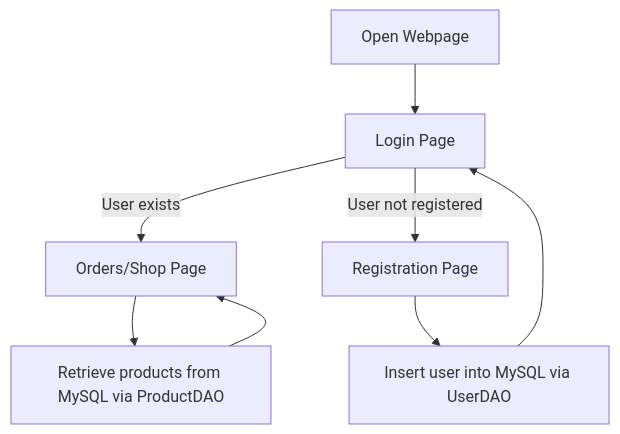
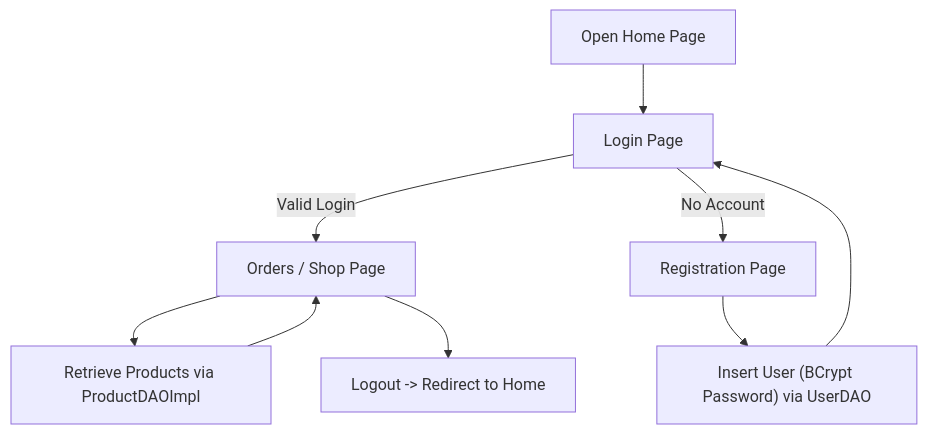
One commit to BizzyProgramming/cst339 changed the second of 2 diagrams in milestones/milestone6/README.md. Above: the diagram before and after it, drawn with Mermaid. The commit also changed other lines of this file, not shown here.

````diff
--- a/milestones/milestone6/README.md
+++ b/milestones/milestone6/README.md
@@ -141,10 +154,11 @@
 ```mermaid
 flowchart TD
-    A["Open Webpage"] --> B["Login Page"]
-    B -->|User exists| C["Orders/Shop Page"]
-    B -->|User not registered| D["Registration Page"]
-    D --> E["Insert user into MySQL via UserDAO"]
+      A["Open Home Page"] --> B["Login Page"]
+    B -->|Valid Login| C["Orders / Shop Page"]
+    B -->|No Account| D["Registration Page"]
+    D --> E["Insert User (BCrypt Password) via UserDAO"]
     E --> B
-    C --> F["Retrieve products from MySQL via ProductDAO"]
+    C --> F["Retrieve Products via ProductDAOImpl"]
     F --> C
+    C --> G["Logout -> Redirect to Home"]
 ```
````
